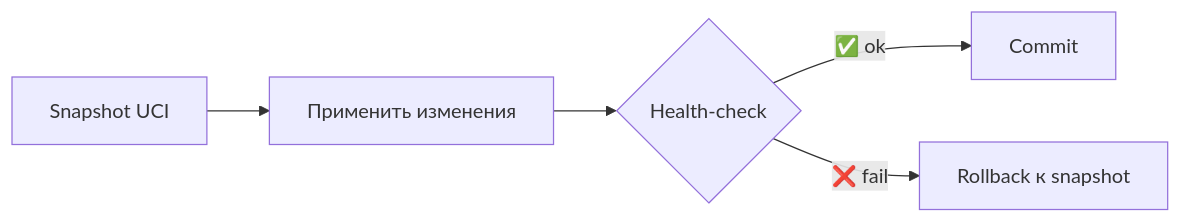
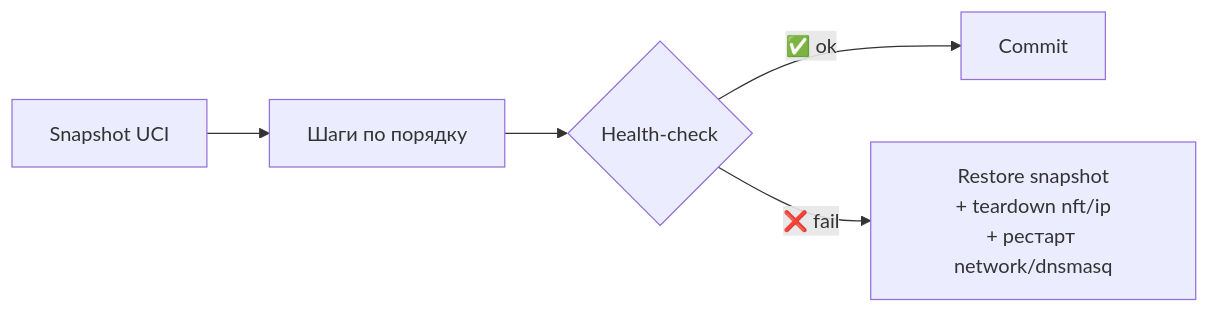
The second of 3 diagrams in docs/architecture-v2.md (andreiyurik/cheburnet-router), drawn with Mermaid before and after one commit. The commit also changed other lines of this file and 21 other files, not shown here.

Commit message:
fix architecture and tests by fable

````diff
--- a/docs/architecture-v2.md
+++ b/docs/architecture-v2.md
@@ -140,7 +141,7 @@
 ```mermaid
 flowchart LR
-    snap[Snapshot UCI] --> apply[Применить изменения]
+    snap[Snapshot UCI] --> apply[Шаги по порядку]
     apply --> health{Health-check}
     health -->|✅ ok| commit[Commit]
-    health -->|❌ fail| rollback[Rollback к snapshot]
+    health -->|❌ fail| rollback[Restore snapshot<br/>+ teardown nft/ip<br/>+ рестарт network/dnsmasq]
 ```
````
